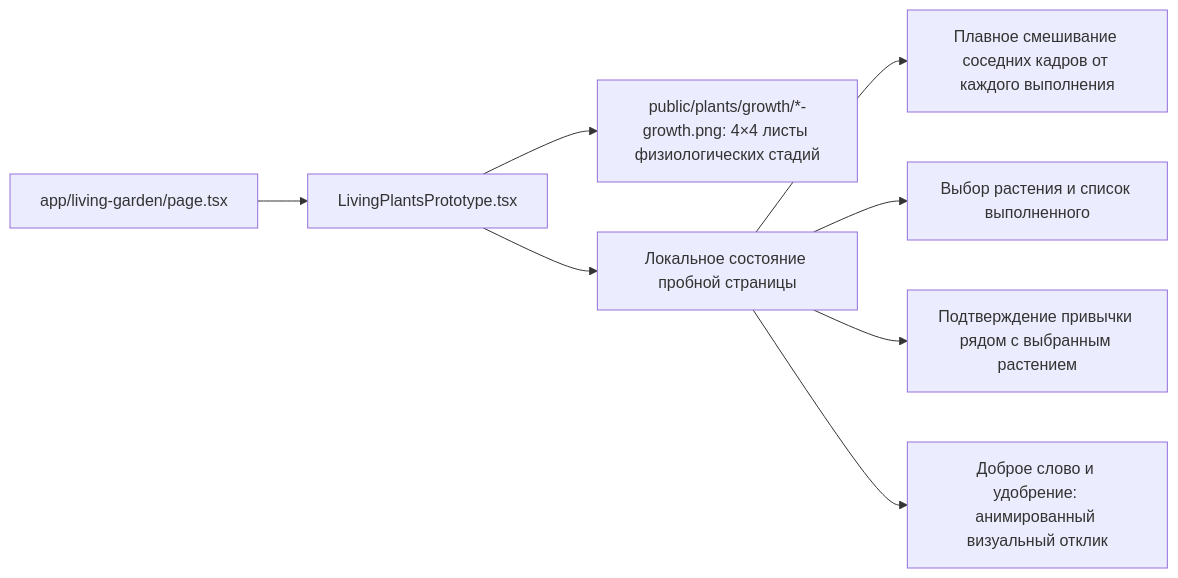
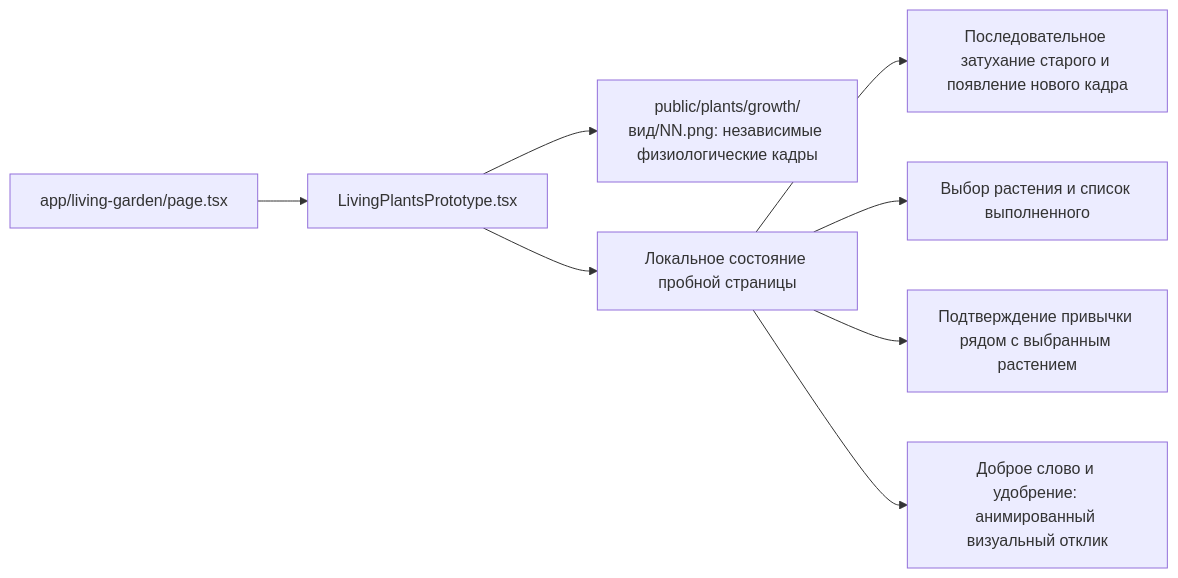
Before and after one commit to katrin27108-rgb/rost-habit-garden: the fifth of 7 diagrams in docs/ARCHITECTURE.md, drawn with Mermaid. The commit also changed other lines of this file and 68 other files, not shown here.

````diff
--- a/docs/ARCHITECTURE.md
+++ b/docs/ARCHITECTURE.md
@@ -71,10 +71,10 @@
 ```mermaid
 flowchart LR
   Route[app/living-garden/page.tsx] --> Prototype[LivingPlantsPrototype.tsx]
-  Prototype --> Plants[public/plants/growth/*-growth.png: 4×4 листы физиологических стадий]
+  Prototype --> Plants[public/plants/growth/вид/NN.png: независимые физиологические кадры]
   Prototype --> DemoState[Локальное состояние пробной страницы]
-  DemoState --> Growth[Плавное смешивание соседних кадров от каждого выполнения]
+  DemoState --> Growth[Последовательное затухание старого и появление нового кадра]
   DemoState --> Checklist[Выбор растения и список выполненного]
   DemoState --> Confirm[Подтверждение привычки рядом с выбранным растением]
   DemoState --> Care[Доброе слово и удобрение: анимированный визуальный отклик]
 ```
````
